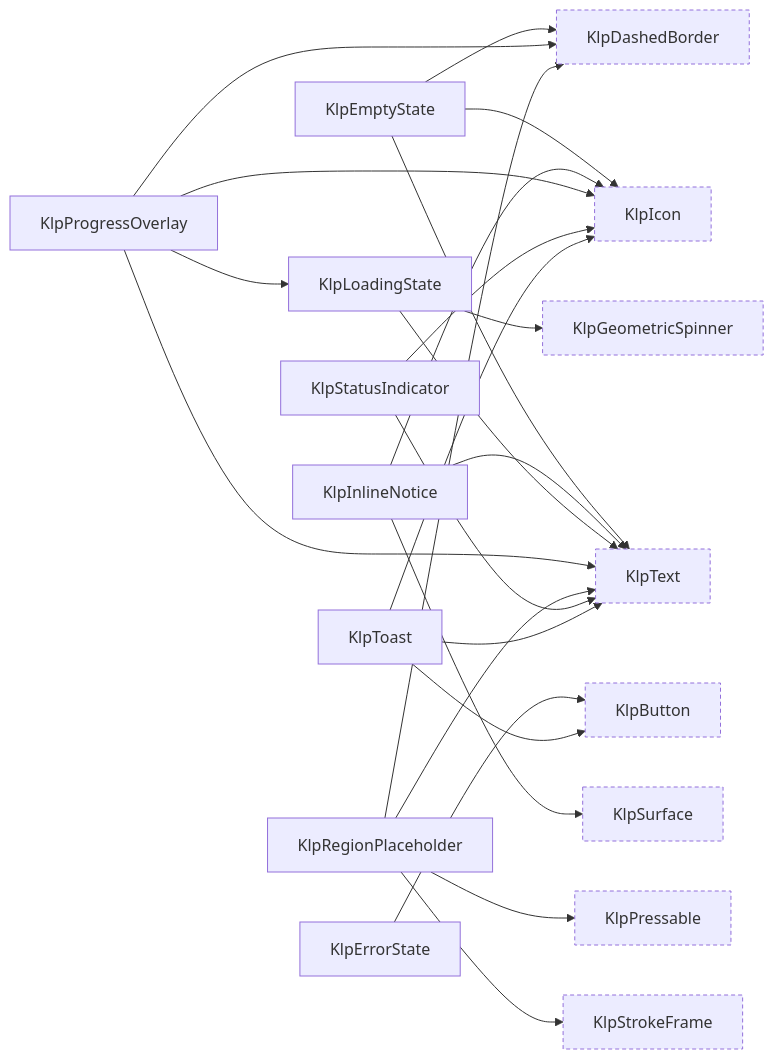
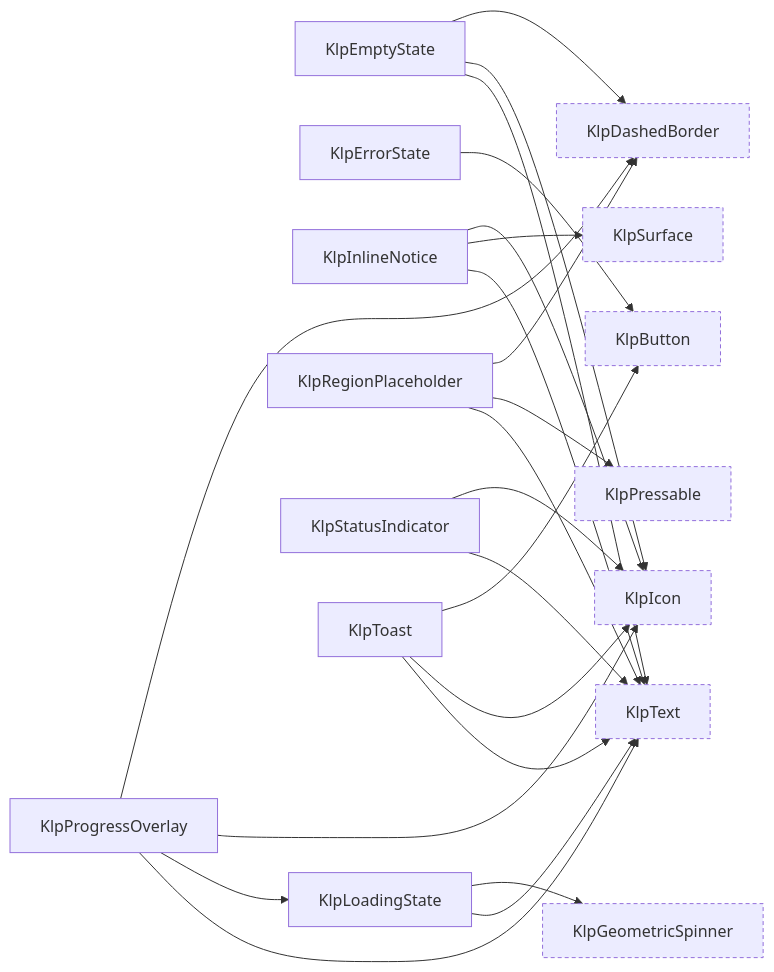
Diagram 11 of 16 in spec/component-inventory.md (MiuDog/Kallopis), drawn with Mermaid before and after one commit. The commit also changed other lines of this file and 195 other files, not shown here.

````diff
--- a/spec/component-inventory.md
+++ b/spec/component-inventory.md
@@ -766,42 +784,40 @@
 ```mermaid
 graph LR
   KlpButton["KlpButton"]:::external
   KlpDashedBorder["KlpDashedBorder"]:::external
   KlpEmptyState["KlpEmptyState"]
   KlpErrorState["KlpErrorState"]
   KlpGeometricSpinner["KlpGeometricSpinner"]:::external
   KlpIcon["KlpIcon"]:::external
   KlpInlineNotice["KlpInlineNotice"]
   KlpLoadingState["KlpLoadingState"]
   KlpPressable["KlpPressable"]:::external
   KlpProgressOverlay["KlpProgressOverlay"]
   KlpRegionPlaceholder["KlpRegionPlaceholder"]
   KlpStatusIndicator["KlpStatusIndicator"]
-  KlpStrokeFrame["KlpStrokeFrame"]:::external
   KlpSurface["KlpSurface"]:::external
   KlpText["KlpText"]:::external
   KlpToast["KlpToast"]
   KlpEmptyState --> KlpDashedBorder
   KlpEmptyState --> KlpIcon
   KlpEmptyState --> KlpText
   KlpErrorState --> KlpButton
   KlpInlineNotice --> KlpIcon
   KlpInlineNotice --> KlpSurface
   KlpInlineNotice --> KlpText
   KlpLoadingState --> KlpGeometricSpinner
   KlpLoadingState --> KlpText
   KlpProgressOverlay --> KlpDashedBorder
   KlpProgressOverlay --> KlpIcon
   KlpProgressOverlay --> KlpLoadingState
   KlpProgressOverlay --> KlpText
   KlpRegionPlaceholder --> KlpDashedBorder
   KlpRegionPlaceholder --> KlpPressable
-  KlpRegionPlaceholder --> KlpStrokeFrame
   KlpRegionPlaceholder --> KlpText
   KlpStatusIndicator --> KlpIcon
   KlpStatusIndicator --> KlpText
   KlpToast --> KlpButton
   KlpToast --> KlpIcon
   KlpToast --> KlpText
   classDef external stroke-dasharray: 4 3;
 ```
````
